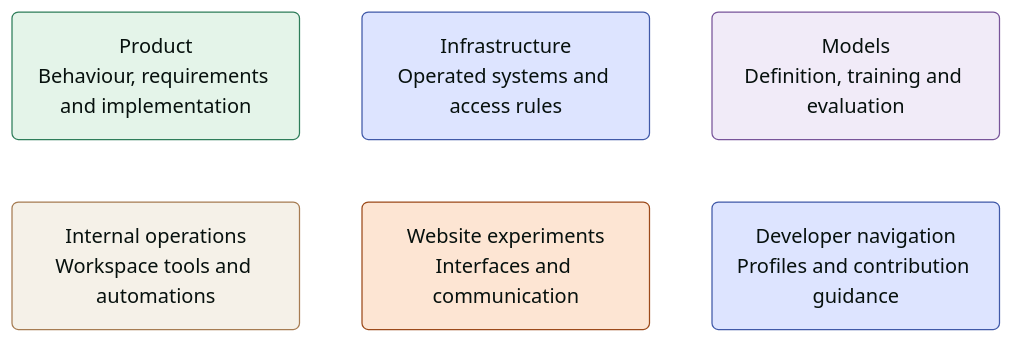
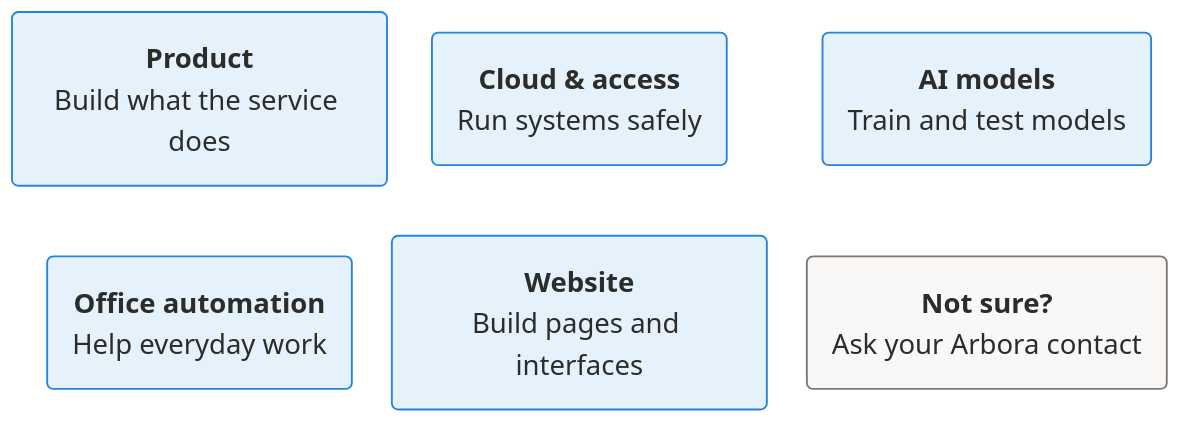
Before and after one commit to arbora-partners/.github: the diagram in profile/README.md, drawn with Mermaid. The commit also changed other lines of this file, not shown here.

Commit message:
docs: simplify developer diagrams after owner review

````diff
--- a/profile/README.md
+++ b/profile/README.md
@@ -11,24 +14,21 @@
 ```mermaid
+%%{init: {"theme": "base", "themeVariables": {"fontFamily": "Arial, sans-serif", "fontSize": "22px", "primaryColor": "#E5F2FC", "primaryTextColor": "#2C2C2B", "primaryBorderColor": "#2783DE", "lineColor": "#7D7A75", "edgeLabelBackground": "#FFFFFF"}, "flowchart": {"htmlLabels": true, "nodeSpacing": 32, "rankSpacing": 40, "padding": 20, "wrappingWidth": 260}, "themeCSS": ".nodeLabel, .nodeLabel *, .cluster-label, .edgeLabel, .edgeLabel * { font-family: Arial, sans-serif !important; } .node, .node rect, .node polygon, .node path, .cluster { filter: none !important; box-shadow: none !important; }"}}%%
 flowchart TB
-    accTitle: Arbora technical work areas
-    accDescr: Six work areas: product, infrastructure, models, internal operations, website experiments and developer navigation. Invisible links arrange the boxes; they are not dependencies or deployment steps.
-    PRODUCT("Product<br/>Behaviour, requirements and implementation")
-    INFRA("Infrastructure<br/>Operated systems and access rules")
-    MODEL("Models<br/>Definition, training and evaluation")
-    OFFICE("Internal operations<br/>Workspace tools and automations")
-    WEB("Website experiments<br/>Interfaces and communication")
-    GUIDE("Developer navigation<br/>Profiles and contribution guidance")
-    PRODUCT ~~~ OFFICE
-    INFRA ~~~ WEB
-    MODEL ~~~ GUIDE
-    classDef product fill:#E4F4E9,stroke:#2E7D5A,color:#07110E,stroke-width:1px
-    classDef tools fill:#DDE4FF,stroke:#4059A8,color:#07110E,stroke-width:1px
-    classDef research fill:#F1EBF8,stroke:#78549A,color:#07110E,stroke-width:1px
-    classDef operations fill:#F5F1E8,stroke:#A67C52,color:#07110E,stroke-width:1px
-    classDef communication fill:#FDE5D3,stroke:#9C4A1A,color:#07110E,stroke-width:1px
-    class PRODUCT product
-    class INFRA,GUIDE tools
-    class MODEL research
-    class OFFICE operations
-    class WEB communication
+    accTitle: What would you like to work on?
+    accDescr: Choose one area: product, cloud and access, AI models, office automation or website. These are choices, not steps. If unsure, ask your Arbora contact.
+    A("<b>Product</b><br/>Build what the service does")
+    B("<b>Cloud &amp; access</b><br/>Run systems safely")
+    C("<b>AI models</b><br/>Train and test models")
+    D("<b>Office automation</b><br/>Help everyday work")
+    E("<b>Website</b><br/>Build pages and interfaces")
+    F("<b>Not sure?</b><br/>Ask your Arbora contact")
+    A ~~~ D
+    B ~~~ E
+    C ~~~ F
+    class A,B,C,D,E area;
+    class F help;
+
+    classDef area fill:#E5F2FC,stroke:#2783DE,color:#2C2C2B,stroke-width:1.5px;
+    classDef help fill:#F9F8F7,stroke:#7D7A75,color:#2C2C2B,stroke-width:1.5px;
+    classDef choice fill:#FBEBDE,stroke:#D5803B,color:#2C2C2B,stroke-width:1.5px;
 ```
````
